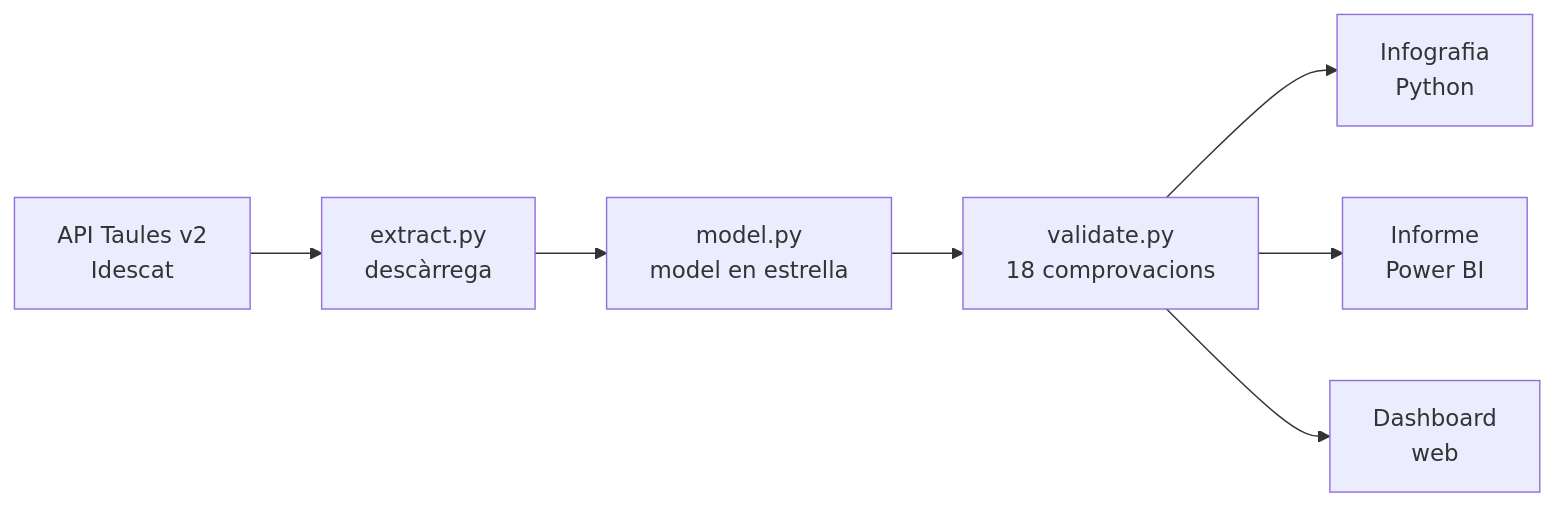
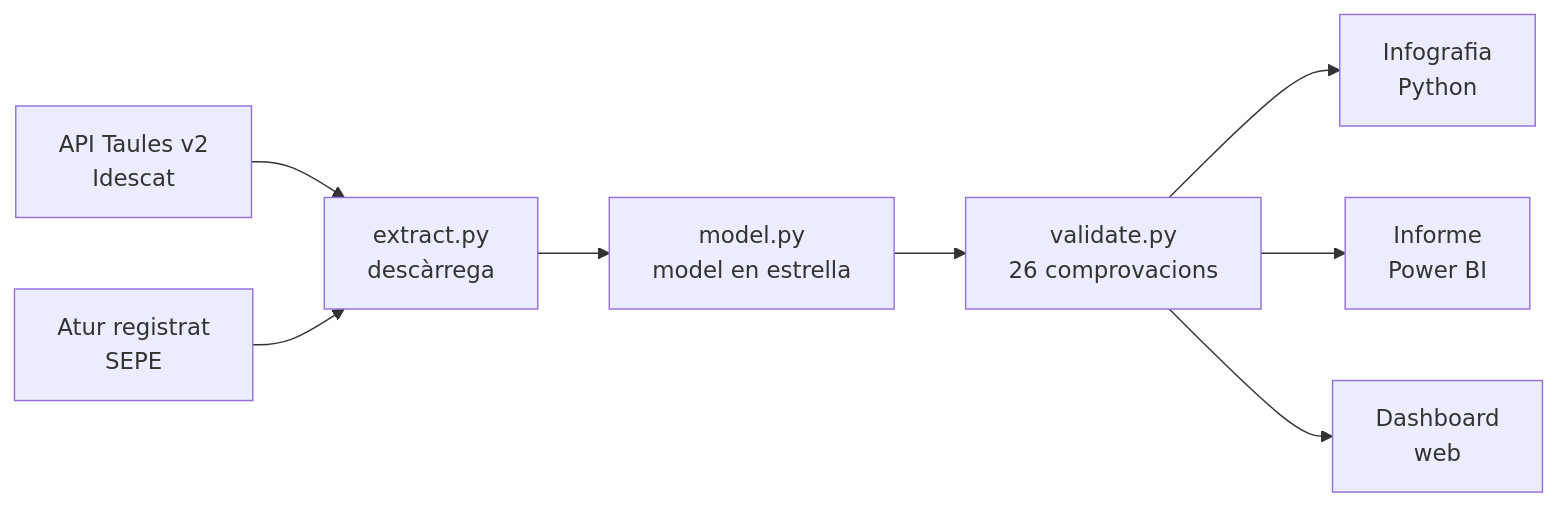
One commit to uriferret/idescat-economic-report changed the first of 2 diagrams in README.md. Above: the diagram before and after it, drawn with Mermaid. The commit also changed other lines of this file and 18 other files, not shown here.

First line of the commit message:
Dades per municipi: atur registrat (SEPE) i renda per persona

````diff
--- a/README.md
+++ b/README.md
@@ -53,9 +53,10 @@
 ```mermaid
 flowchart LR
   A["API Taules v2<br>Idescat"] --> B["extract.py<br>descàrrega"]
+  S["Atur registrat<br>SEPE"] --> B
   B --> C["model.py<br>model en estrella"]
-  C --> D["validate.py<br>18 comprovacions"]
+  C --> D["validate.py<br>26 comprovacions"]
   D --> E["Infografia<br>Python"]
   D --> F["Informe<br>Power BI"]
   D --> G["Dashboard<br>web"]
 ```
````
